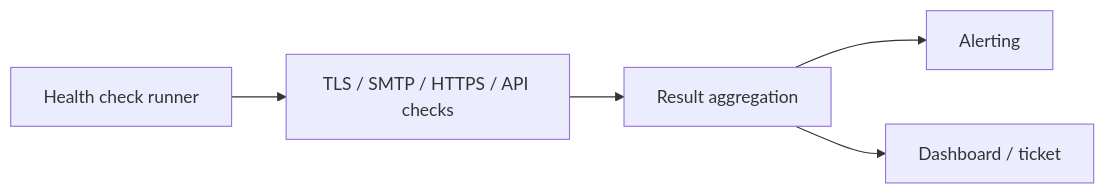
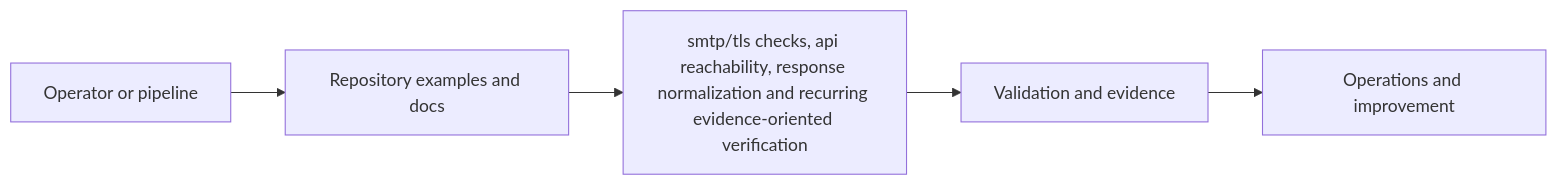
The diagram in README.md (Synedat/Seppmail-HealthChecks), drawn with Mermaid before and after one commit. The commit also changed other lines of this file and 79 other files, not shown here.

````diff
--- a/README.md
+++ b/README.md
@@ -30,7 +82,7 @@
 ```mermaid
 flowchart LR
-    A[Health check runner] --> B[TLS / SMTP / HTTPS / API checks]
-    B --> C[Result aggregation]
-    C --> D[Alerting]
-    C --> E[Dashboard / ticket]
+    A[Operator or pipeline] --> B[Repository examples and docs]
+    B --> C[smtp/tls checks, api reachability, response normalization and recurring evidence-oriented verification]
+    C --> D[Validation and evidence]
+    D --> E[Operations and improvement]
 ```
````
